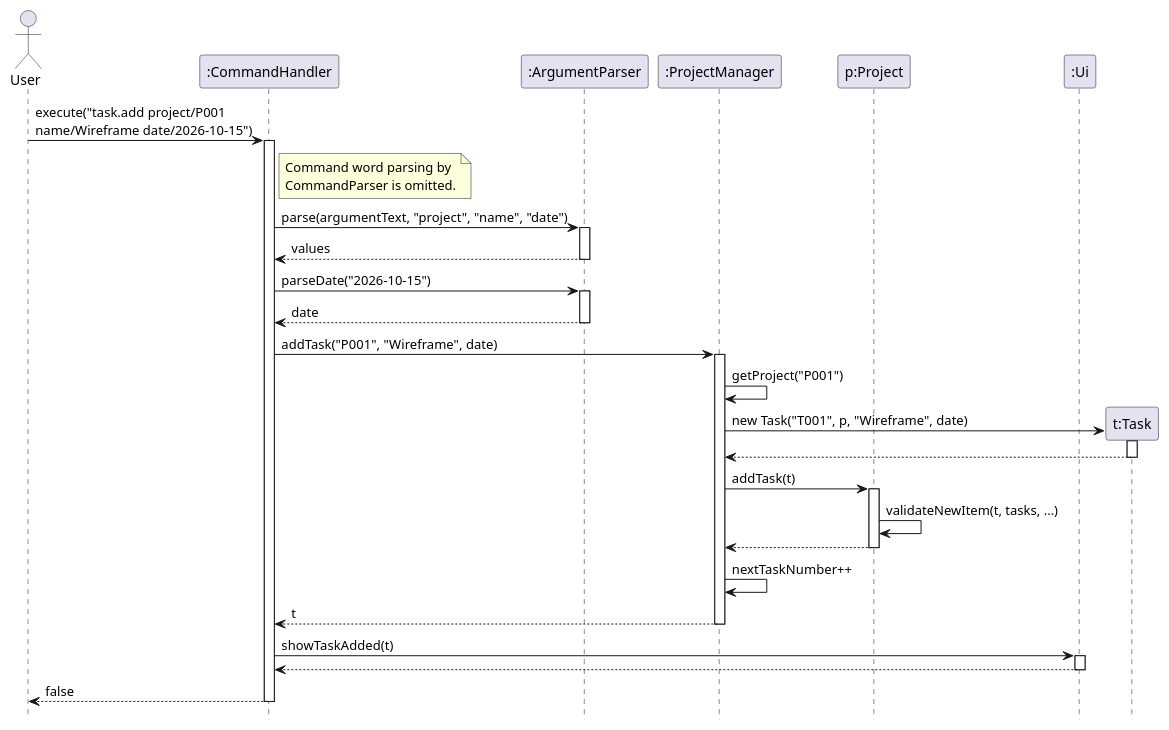
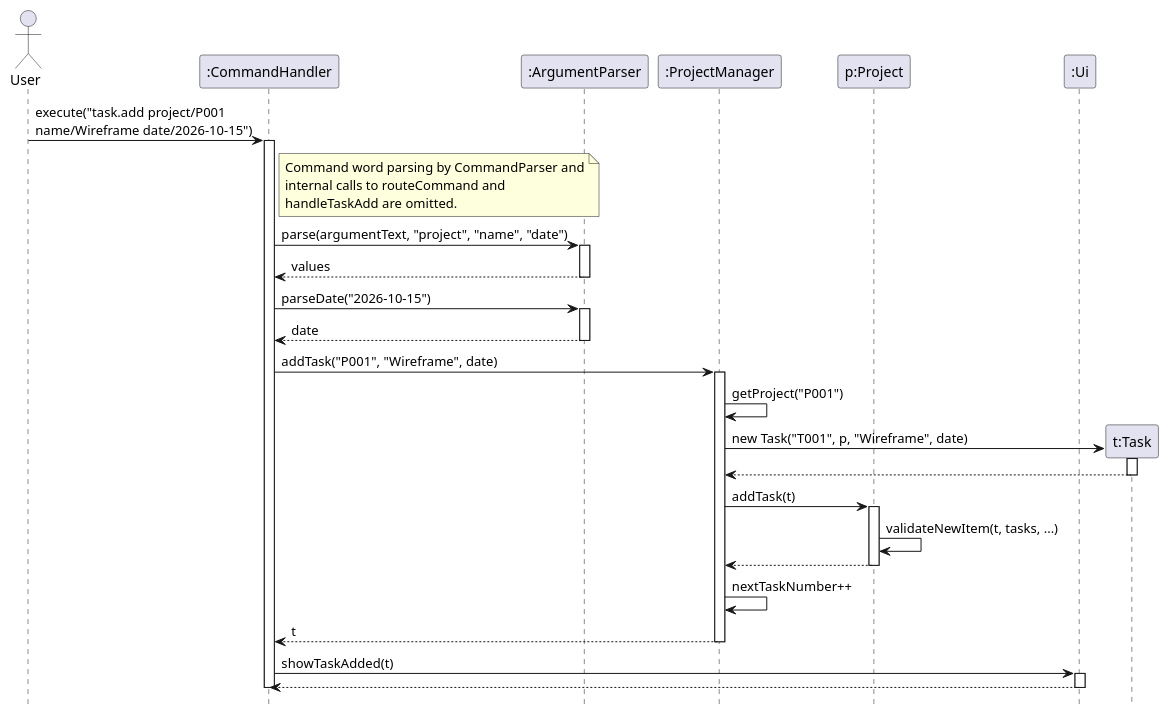
The diagram in docs/diagrams/AddTaskSequenceDiagram.puml (AY2627S1-CS2113-T10-3/tp), drawn with PlantUML before and after one commit. The commit also changed 3 other files, not shown here.

First line of the commit message:
Fix creation diagrams based on DG peer review

```diff
--- a/docs/diagrams/AddTaskSequenceDiagram.puml
+++ b/docs/diagrams/AddTaskSequenceDiagram.puml
@@ -1,56 +1,59 @@
 @startuml
 ' Execution of: task.add project/P001 name/Wireframe date/2026-10-15
 ' event.add follows the same steps with addEvent, Event, Project#addEvent and E IDs.
 hide footbox
 
 actor User
 participant ":CommandHandler" as CH
 participant ":ArgumentParser" as AP
 participant ":ProjectManager" as PM
 participant "p:Project" as P
 participant ":Ui" as UI
 
 User -> CH : execute("task.add project/P001\nname/Wireframe date/2026-10-15")
 activate CH
 
-note right of CH : Command word parsing by\nCommandParser is omitted.
+note right of CH
+  Command word parsing by CommandParser and
+  internal calls to routeCommand and
+  handleTaskAdd are omitted.
+end note
 
 CH -> AP : parse(argumentText, "project", "name", "date")
 activate AP
 AP --> CH : values
 deactivate AP
 
 CH -> AP : parseDate("2026-10-15")
 activate AP
 AP --> CH : date
 deactivate AP
 
 CH -> PM : addTask("P001", "Wireframe", date)
 activate PM
 
 PM -> PM : getProject("P001")
 
 create "t:Task" as T
 PM -> T : new Task("T001", p, "Wireframe", date)
 activate T
 T --> PM
 deactivate T
 
 PM -> P : addTask(t)
 activate P
 P -> P : validateNewItem(t, tasks, ...)
 P --> PM
 deactivate P
 
 PM -> PM : nextTaskNumber++
 PM --> CH : t
 deactivate PM
 
 CH -> UI : showTaskAdded(t)
 activate UI
 UI --> CH
 deactivate UI
 
-CH --> User : false
 deactivate CH
 @enduml
```
